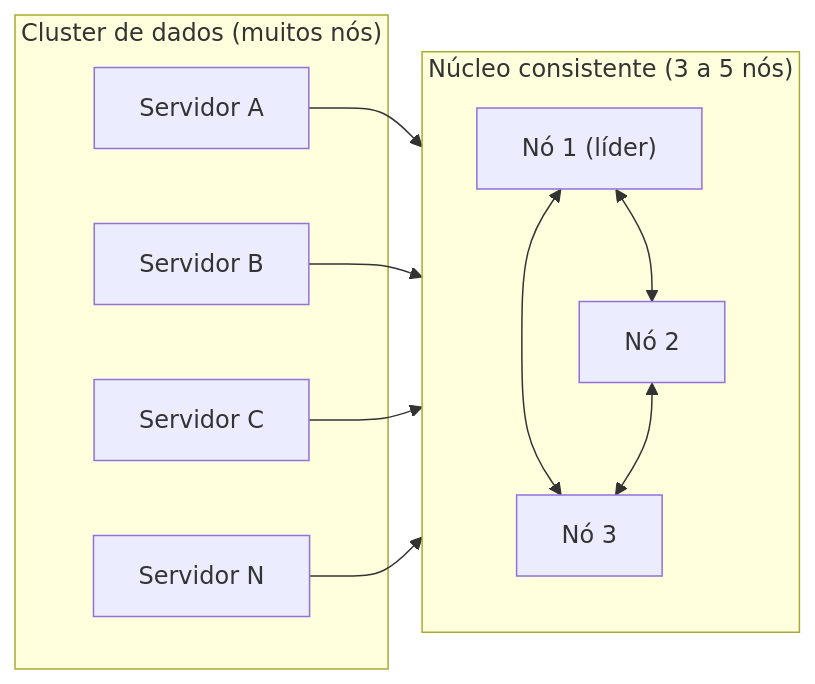
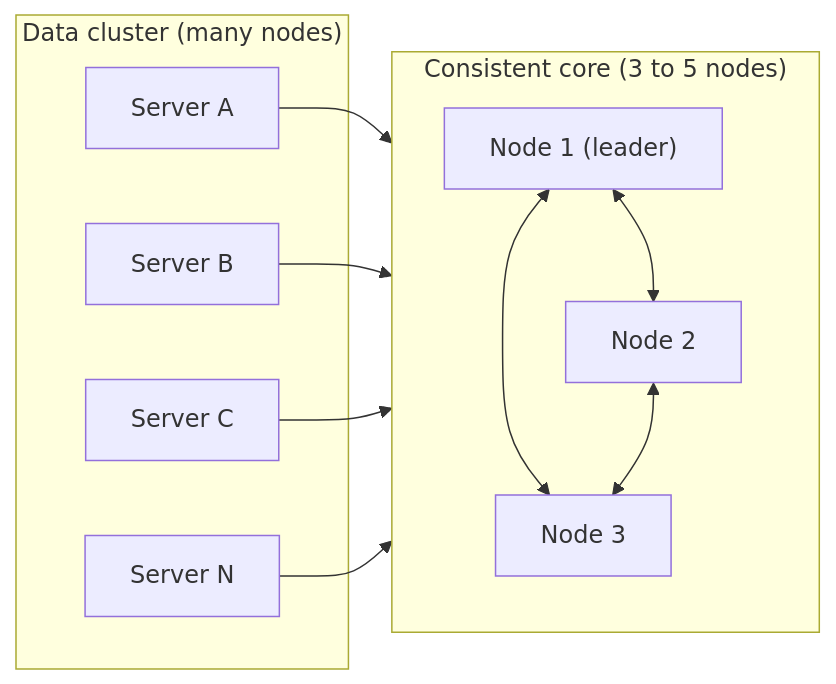
One commit to alancesar/design-patterns changed the diagram in docs/architecture/distributed-systems/cluster-management/consistent-core.md. Above: the diagram before and after it, drawn with Mermaid. The commit also changed 258 other files, not shown here.

First line of the commit message:
Translate Mermaid diagrams to English

````diff
--- a/docs/architecture/distributed-systems/cluster-management/consistent-core.md
+++ b/docs/architecture/distributed-systems/cluster-management/consistent-core.md
@@ -59,21 +59,21 @@
 ```mermaid
 flowchart LR
-    subgraph core["Núcleo consistente (3 a 5 nós)"]
-        C1["Nó 1 (líder)"]
-        C2["Nó 2"]
-        C3["Nó 3"]
+    subgraph core["Consistent core (3 to 5 nodes)"]
+        C1["Node 1 (leader)"]
+        C2["Node 2"]
+        C3["Node 3"]
         C1 <--> C2
         C1 <--> C3
         C2 <--> C3
     end
-    subgraph data["Cluster de dados (muitos nós)"]
-        D1["Servidor A"]
-        D2["Servidor B"]
-        D3["Servidor C"]
-        D4["Servidor N"]
+    subgraph data["Data cluster (many nodes)"]
+        D1["Server A"]
+        D2["Server B"]
+        D3["Server C"]
+        D4["Server N"]
     end
     D1 --> core
     D2 --> core
     D3 --> core
     D4 --> core
 ```
````
